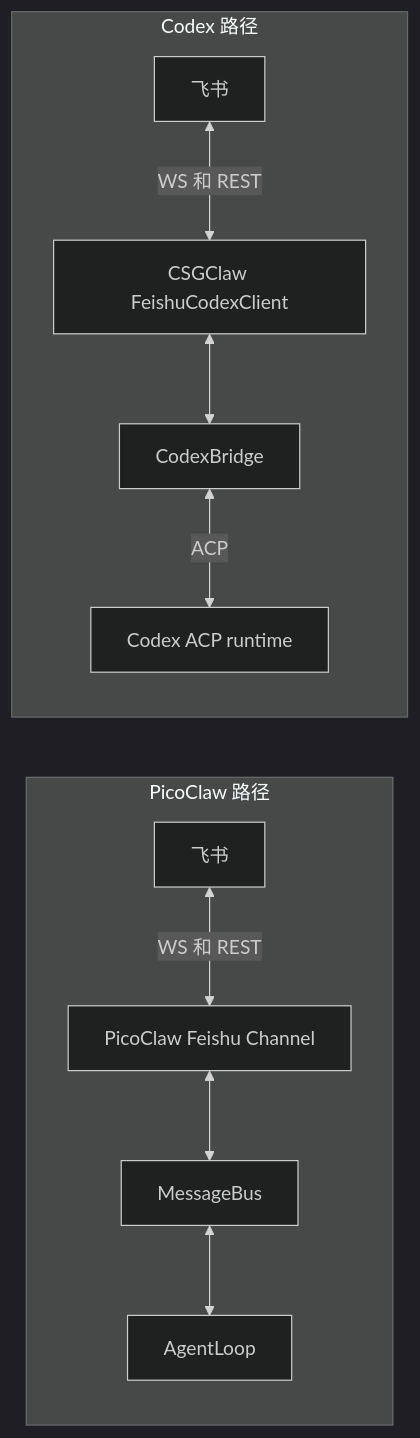
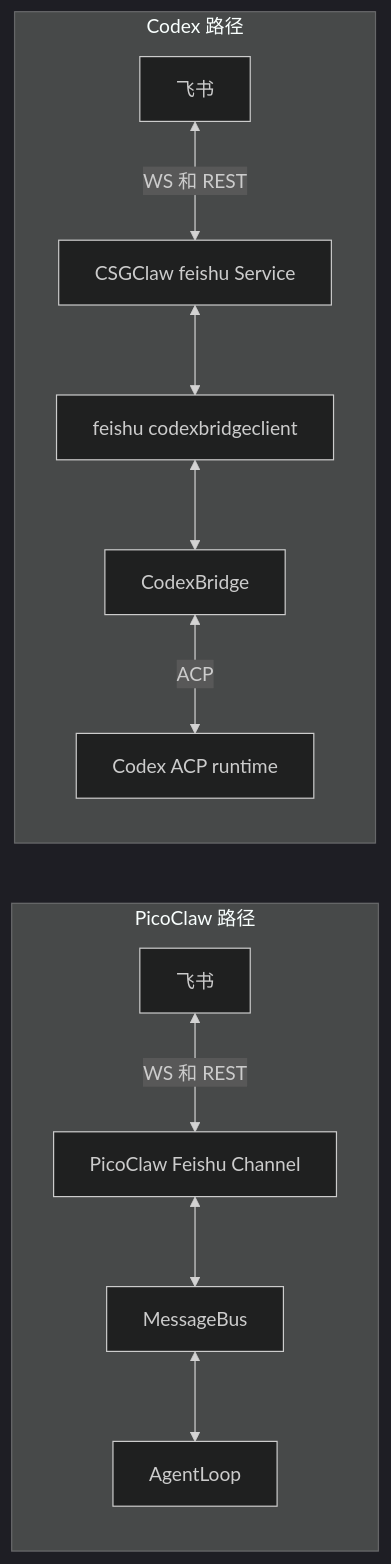
Diagram 12 of 12 in docs/channel/codex-feishu.zh.md (GatewayJ/csgclaw), drawn with Mermaid (dark theme) before and after one commit. The commit also changed other lines of this file, not shown here.

Commit message:
docs: align codex feishu bridge boundaries

````diff
--- a/docs/channel/codex-feishu.zh.md
+++ b/docs/channel/codex-feishu.zh.md
@@ -600,22 +436,24 @@
 ```mermaid
 flowchart LR
     subgraph PicoClawPath[PicoClaw 路径]
         PFeishu[飞书]
         PChannel[PicoClaw Feishu Channel]
         PBus[MessageBus]
         PAgent[AgentLoop]
         PFeishu <-->|WS 和 REST| PChannel
         PChannel <--> PBus
         PBus <--> PAgent
     end
 
     subgraph CodexPath[Codex 路径]
         CFeishu[飞书]
-        CClient[CSGClaw FeishuCodexClient]
+        CService[CSGClaw feishu Service]
+        CAdapter[feishu codexbridgeclient]
         CBridge[CodexBridge]
         CACP[Codex ACP runtime]
-        CFeishu <-->|WS 和 REST| CClient
-        CClient <--> CBridge
+        CFeishu <-->|WS 和 REST| CService
+        CService <--> CAdapter
+        CAdapter <--> CBridge
         CBridge <-->|ACP| CACP
     end
 ```
````
